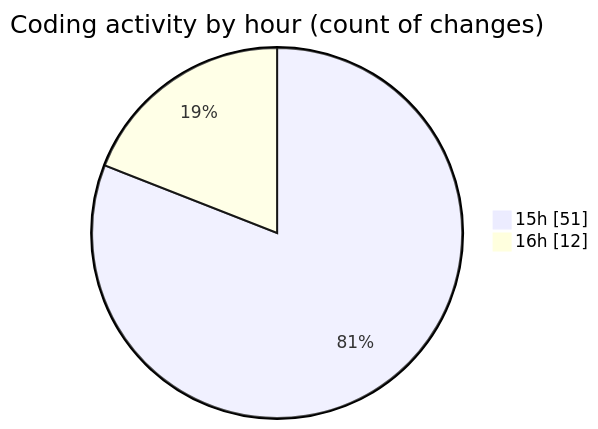
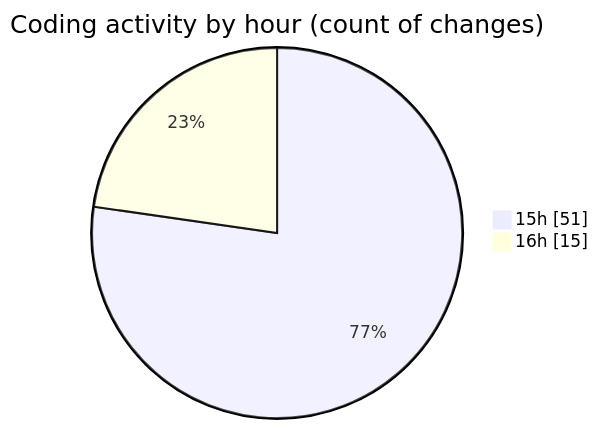
Before and after one commit to Elitesun/code-tracking: the second of 2 diagrams in 2025-05-10/elitesun/README.md, drawn with Mermaid. The commit also changed other lines of this file and 1 other file, not shown here.

````diff
--- a/2025-05-10/elitesun/README.md
+++ b/2025-05-10/elitesun/README.md
@@ -57,6 +57,6 @@
 ```mermaid
 pie showData
 title Coding activity by hour (count of changes)
 "15h" : 51
-"16h" : 12
+"16h" : 15
 ```
````
